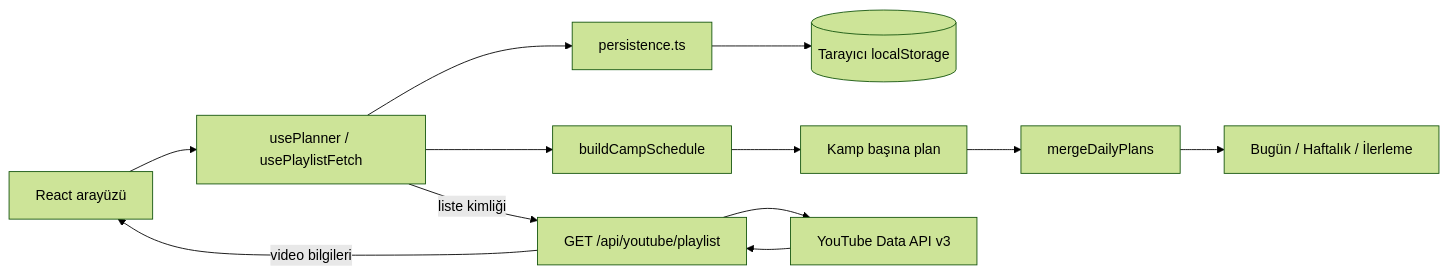
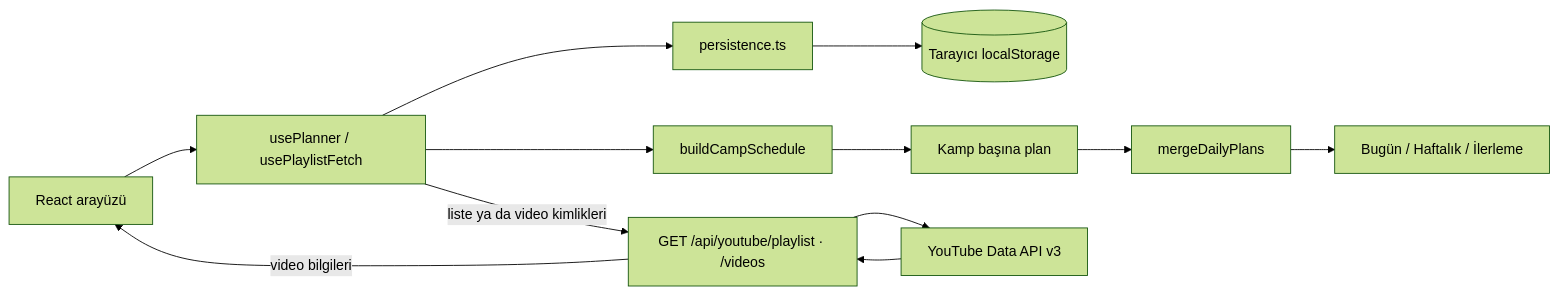
The diagram in docs/teknik-mimari.md (UmutYLCN/yetistiricem), drawn with Mermaid (forest theme) before and after one commit. The commit also changed other lines of this file and 40 other files, not shown here.

First line of the commit message:
Rework camp sources into playlist, videos and manual topics

```diff
--- a/docs/teknik-mimari.md
+++ b/docs/teknik-mimari.md
@@ -7,14 +7,14 @@
 ~~~mermaid
 flowchart LR
   U["React arayüzü"] --> H["usePlanner / usePlaylistFetch"]
   H --> P["persistence.ts"]
   P --> LS[("Tarayıcı localStorage")]
   H --> E["buildCampSchedule"]
   E --> A["Kamp başına plan"]
   A --> M["mergeDailyPlans"]
   M --> V["Bugün / Haftalık / İlerleme"]
-  H -->|liste kimliği| R["GET /api/youtube/playlist"]
+  H -->|liste ya da video kimlikleri| R["GET /api/youtube/playlist · /videos"]
   R --> Y["YouTube Data API v3"]
   Y --> R
   R -->|video bilgileri| U
 ~~~
```
